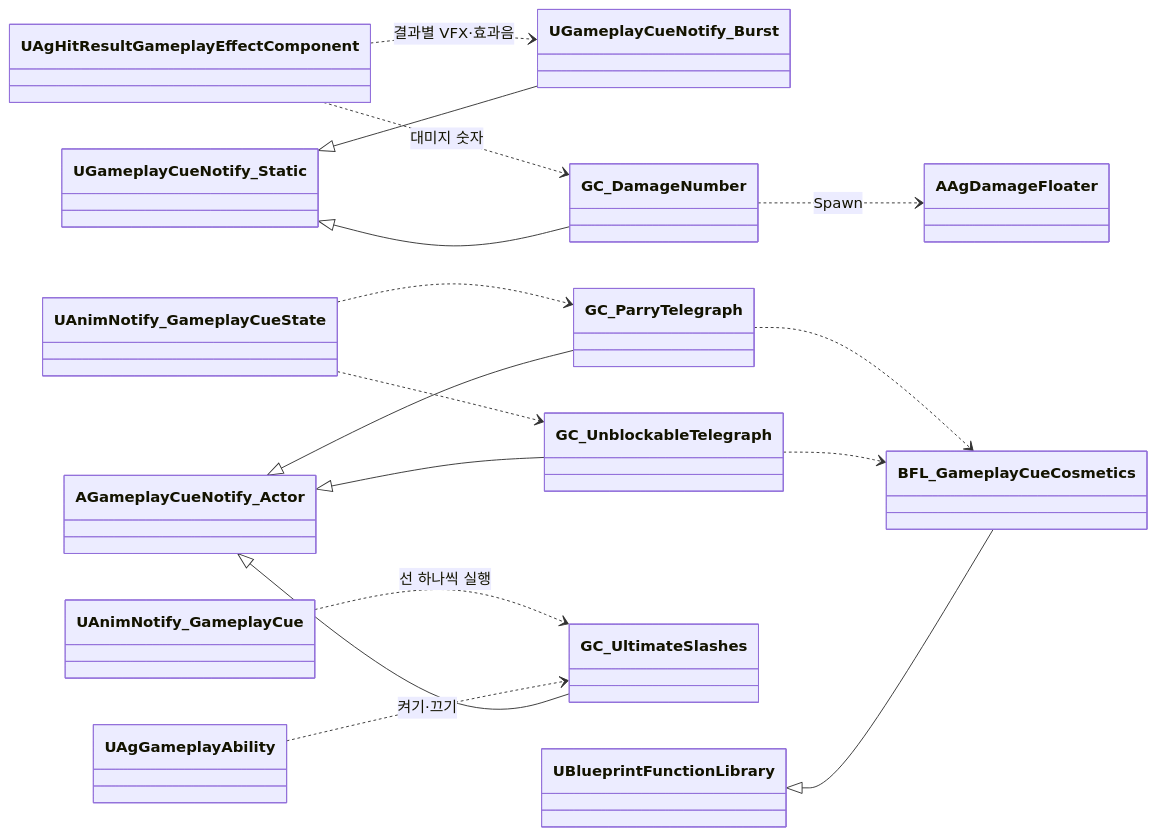
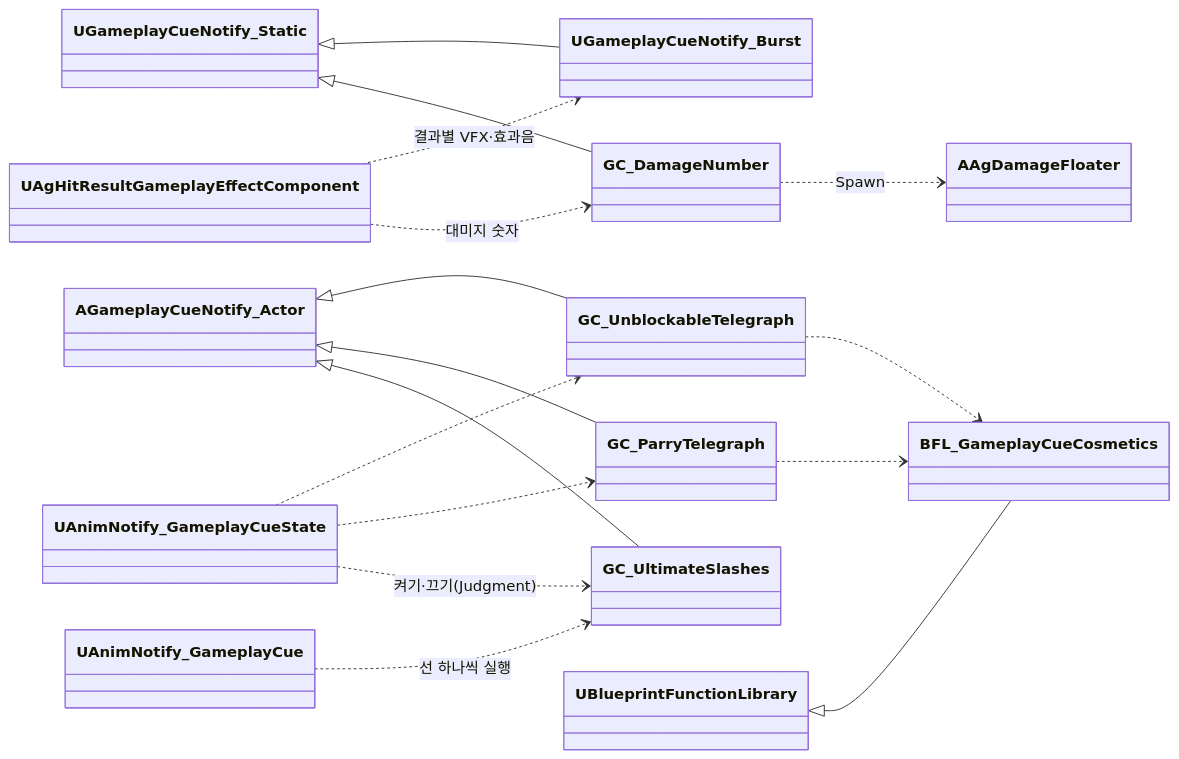
One commit to Woogl/Ag changed the second of 2 diagrams in Docs/Program/전투 규칙.md. Above: the diagram before and after it, drawn with Mermaid. The commit also changed other lines of this file and 15 other files, not shown here.

````diff
--- a/Docs/Program/전투 규칙.md
+++ b/Docs/Program/전투 규칙.md
@@ -60,19 +60,19 @@
 ```mermaid
 classDiagram
     direction LR
     UGameplayCueNotify_Static <|-- UGameplayCueNotify_Burst
     UGameplayCueNotify_Static <|-- GC_DamageNumber
     AGameplayCueNotify_Actor <|-- GC_UnblockableTelegraph
     AGameplayCueNotify_Actor <|-- GC_ParryTelegraph
     AGameplayCueNotify_Actor <|-- GC_UltimateSlashes
     UBlueprintFunctionLibrary <|-- BFL_GameplayCueCosmetics
     GC_UnblockableTelegraph ..> BFL_GameplayCueCosmetics
     GC_ParryTelegraph ..> BFL_GameplayCueCosmetics
     UAgHitResultGameplayEffectComponent ..> UGameplayCueNotify_Burst : 결과별 VFX·효과음
     UAgHitResultGameplayEffectComponent ..> GC_DamageNumber : 대미지 숫자
     GC_DamageNumber ..> AAgDamageFloater : Spawn
     UAnimNotify_GameplayCueState ..> GC_UnblockableTelegraph
     UAnimNotify_GameplayCueState ..> GC_ParryTelegraph
-    UAgGameplayAbility ..> GC_UltimateSlashes : 켜기·끄기
+    UAnimNotify_GameplayCueState ..> GC_UltimateSlashes : 켜기·끄기(Judgment)
     UAnimNotify_GameplayCue ..> GC_UltimateSlashes : 선 하나씩 실행
 ```
````
